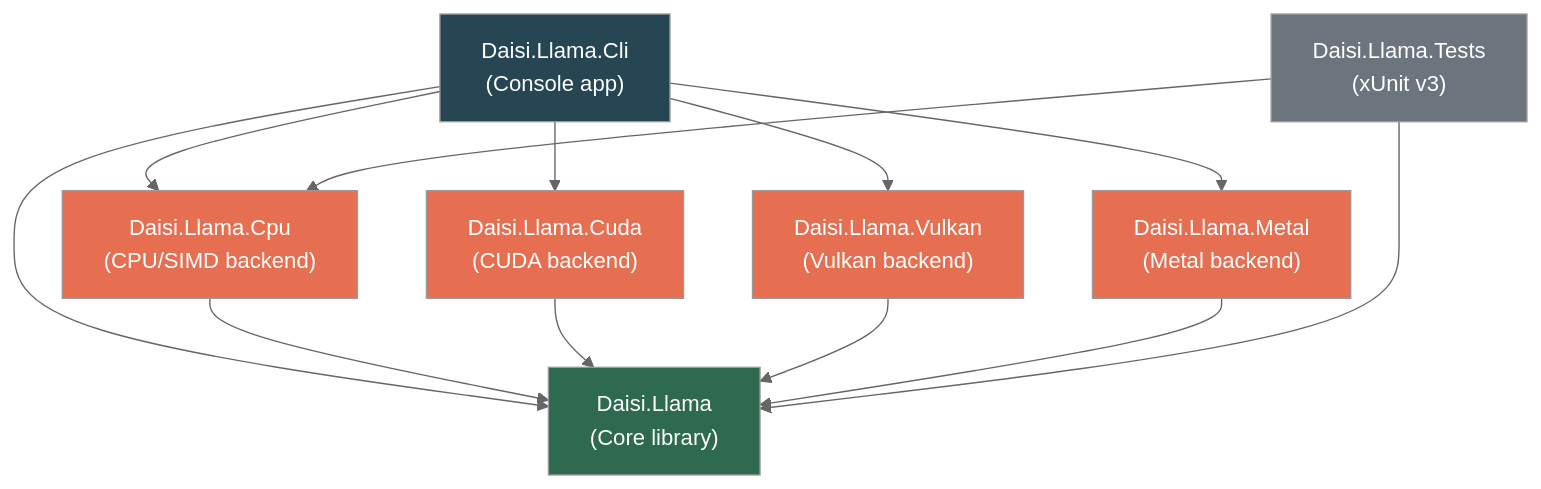
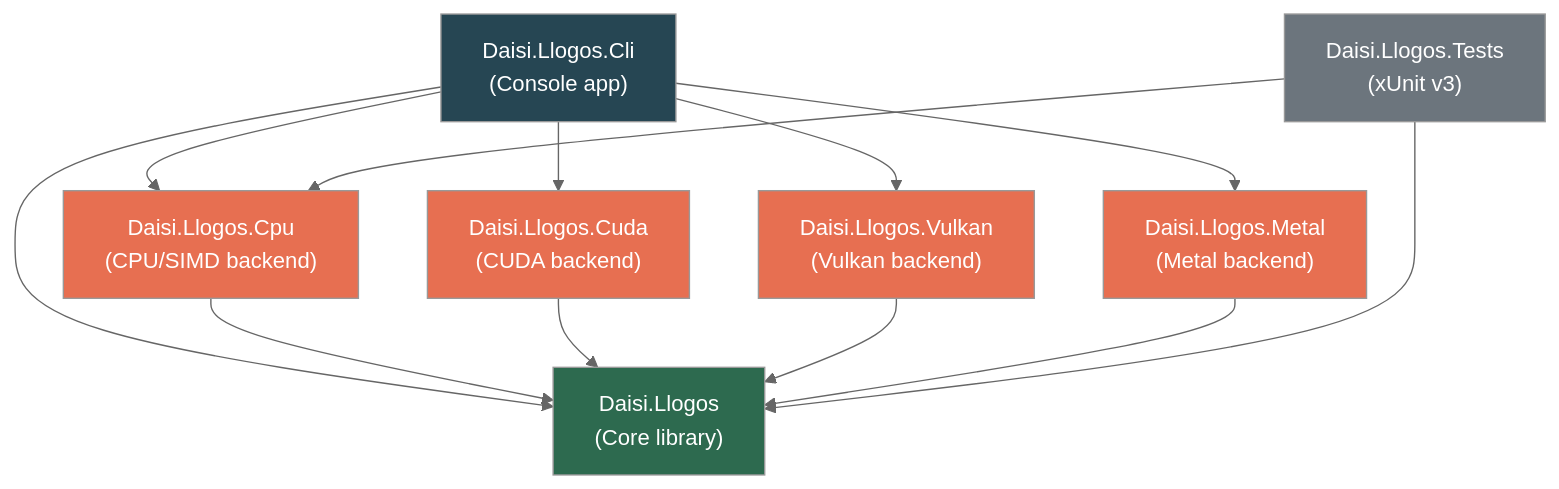
One commit to MjrTom/daisi-llogos changed the first of 5 diagrams in docs/architecture.md. Above: the diagram before and after it, drawn with Mermaid (neutral theme). The commit also changed other lines of this file and 245 other files, not shown here.

First line of the commit message:
Rename daisi-llama to daisi-llogos across solution, projects, and namespaces

````diff
--- a/docs/architecture.md
+++ b/docs/architecture.md
@@ -12,30 +12,30 @@
 ```mermaid
 graph TD
-    CLI["Daisi.Llama.Cli\n(Console app)"]
-    CORE["Daisi.Llama\n(Core library)"]
-    CPU["Daisi.Llama.Cpu\n(CPU/SIMD backend)"]
-    CUDA["Daisi.Llama.Cuda\n(CUDA backend)"]
-    VULKAN["Daisi.Llama.Vulkan\n(Vulkan backend)"]
-    METAL["Daisi.Llama.Metal\n(Metal backend)"]
-    TESTS["Daisi.Llama.Tests\n(xUnit v3)"]
+    CLI["Daisi.Llogos.Cli\n(Console app)"]
+    CORE["Daisi.Llogos\n(Core library)"]
+    CPU["Daisi.Llogos.Cpu\n(CPU/SIMD backend)"]
+    CUDA["Daisi.Llogos.Cuda\n(CUDA backend)"]
+    VULKAN["Daisi.Llogos.Vulkan\n(Vulkan backend)"]
+    METAL["Daisi.Llogos.Metal\n(Metal backend)"]
+    TESTS["Daisi.Llogos.Tests\n(xUnit v3)"]
 
     CLI --> CORE
     CLI --> CPU
     CLI --> CUDA
     CLI --> VULKAN
     CLI --> METAL
     CPU --> CORE
     CUDA --> CORE
     VULKAN --> CORE
     METAL --> CORE
     TESTS --> CORE
     TESTS --> CPU
 
     style CORE fill:#2d6a4f,color:#fff
     style CLI fill:#264653,color:#fff
     style CPU fill:#e76f51,color:#fff
     style CUDA fill:#e76f51,color:#fff
     style VULKAN fill:#e76f51,color:#fff
     style METAL fill:#e76f51,color:#fff
     style TESTS fill:#6c757d,color:#fff
 ```
````
